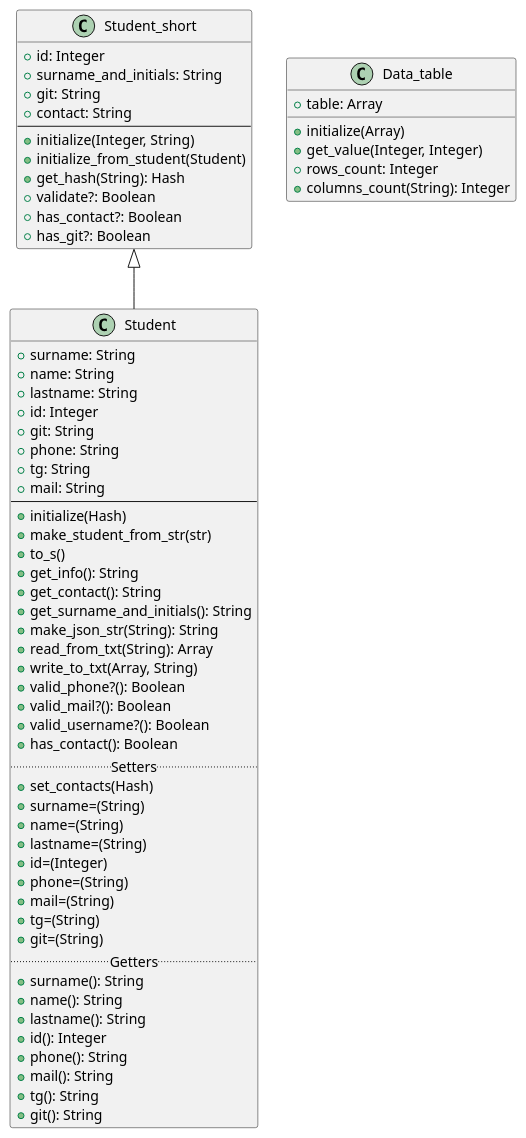
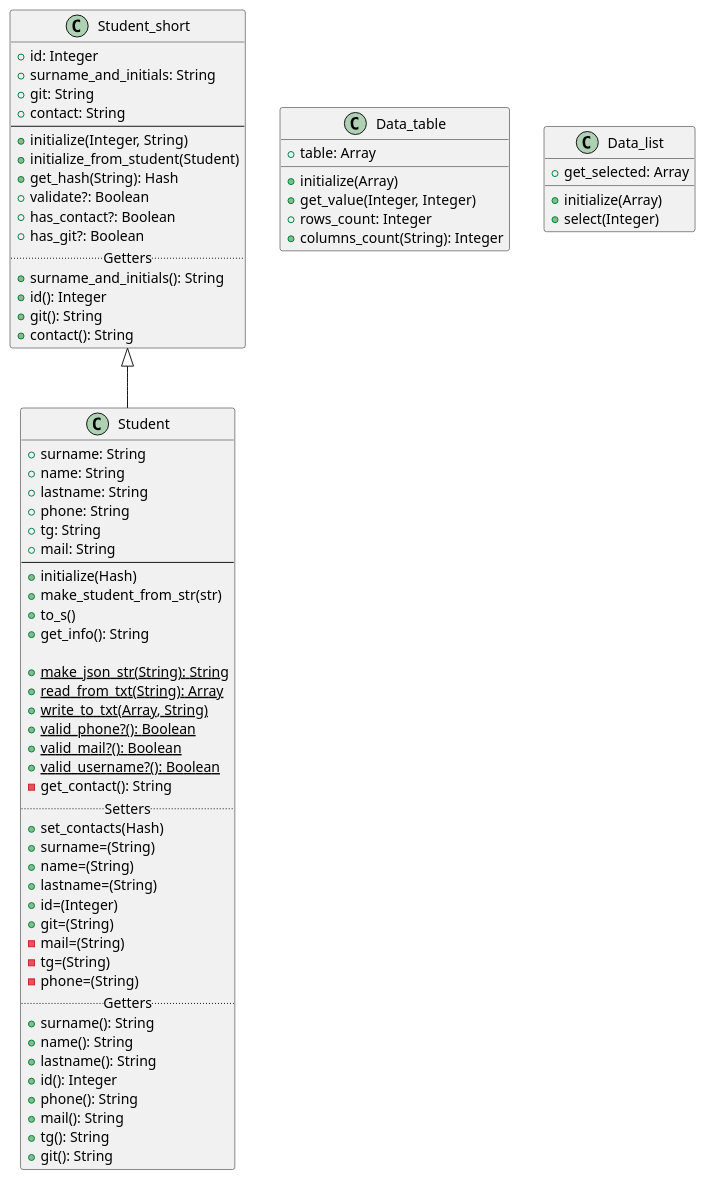
Before and after one commit to archipunkrockboy/Programming-patterns: the diagram in Lab2/Diagrams/Student.puml, drawn with PlantUML. The commit also changed 2 other files, not shown here.

Commit message:
исправил диаграмму

```diff
--- a/Lab2/Diagrams/Student.puml
+++ b/Lab2/Diagrams/Student.puml
@@ -1,70 +1,78 @@
 @startuml
     Class Student_short
     {
     +id: Integer
     +surname_and_initials: String
     +git: String
     +contact: String
     --
     +initialize(Integer, String)
     +initialize_from_student(Student)
     +get_hash(String): Hash
     +validate?: Boolean
     +has_contact?: Boolean
     +has_git?: Boolean
+    ..Getters..
+    +surname_and_initials(): String
+    +id(): Integer
+    +git(): String
+    +contact(): String
     }
 
     Class Student extends Student_short
     {
     +surname: String
     +name: String
     +lastname: String
-    +id: Integer
-    +git: String
     +phone: String
     +tg: String
     +mail: String
     --
     +initialize(Hash)
     +make_student_from_str(str)
     +to_s()
     +get_info(): String
-    +get_contact(): String
-    +get_surname_and_initials(): String
-    +make_json_str(String): String
-    +read_from_txt(String): Array
-    +write_to_txt(Array, String)
-    +valid_phone?(): Boolean
-    +valid_mail?(): Boolean
-    +valid_username?(): Boolean
-    +has_contact(): Boolean
+
+    +{static}make_json_str(String): String
+    +{static}read_from_txt(String): Array
+    +{static}write_to_txt(Array, String)
+    +{static}valid_phone?(): Boolean
+    +{static}valid_mail?(): Boolean
+    +{static}valid_username?(): Boolean
+    -get_contact(): String
     .. Setters ..
     +set_contacts(Hash)
     +surname=(String)
     +name=(String)
     +lastname=(String)
     +id=(Integer)
-    +phone=(String)
-    +mail=(String)
-    +tg=(String)
     +git=(String)
+    -mail=(String)
+    -tg=(String)
+    -phone=(String)
     .. Getters ..
     +surname(): String
     +name(): String
     +lastname(): String
     +id(): Integer
     +phone(): String
     +mail(): String
     +tg(): String
     +git(): String
     }
     class Data_table
     {
     +table: Array
     __
     +initialize(Array)
     +get_value(Integer, Integer)
     +rows_count: Integer
     +columns_count(String): Integer
     }
+    class Data_list
+    {
+    +initialize(Array)
+    +select(Integer)
+    +get_selected: Array
+    }
 @enduml
```
